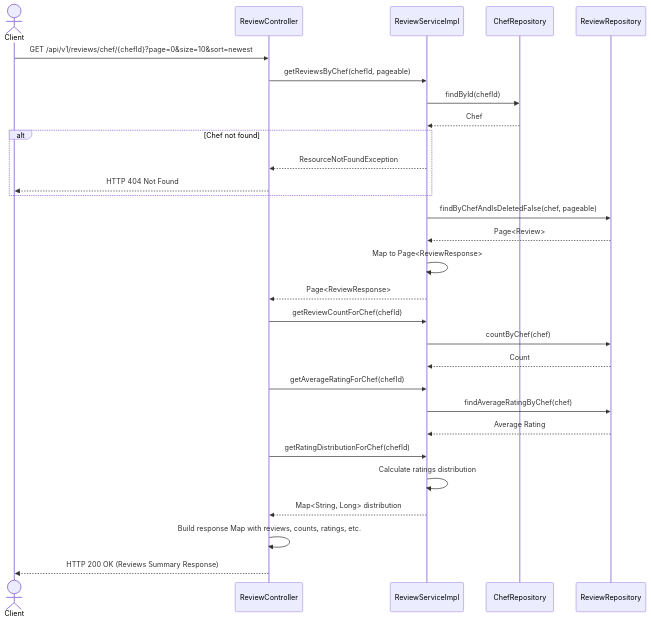
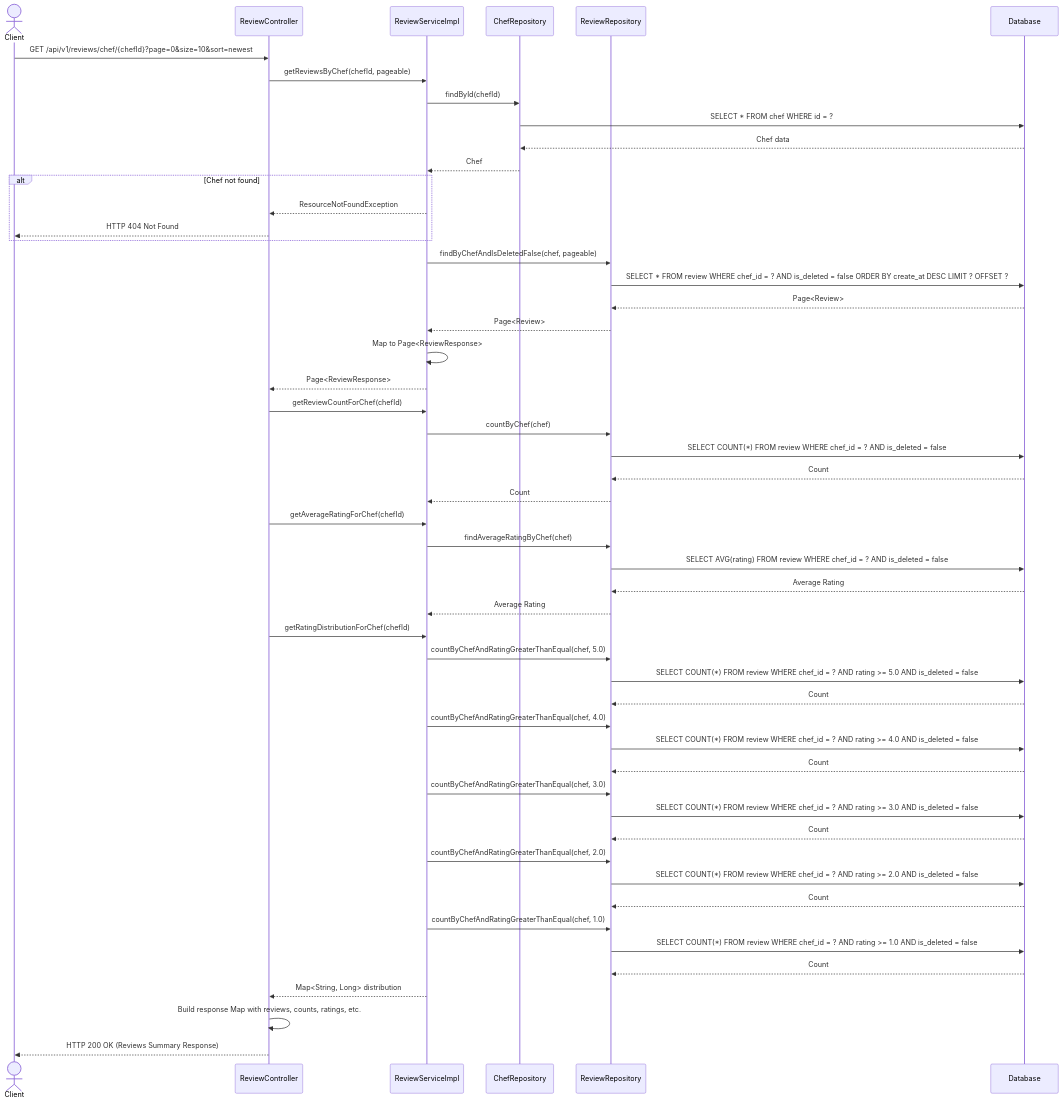
Diagram 11 of 11 in docs/Review System Diagrams.md (phongkhongxai/vietchef), drawn with Mermaid before and after one commit. The commit also changed other lines of this file and 15 other files, not shown here.

````diff
--- a/docs/Review System Diagrams.md
+++ b/docs/Review System Diagrams.md
@@ -570,38 +664,61 @@
 ```mermaid
 sequenceDiagram
     actor Client
     participant Controller as ReviewController
     participant Service as ReviewServiceImpl
     participant ChefRepo as ChefRepository
     participant ReviewRepo as ReviewRepository
+    participant DB as Database
     
     Client->>Controller: GET /api/v1/reviews/chef/{chefId}?page=0&size=10&sort=newest
     Controller->>Service: getReviewsByChef(chefId, pageable)
     Service->>ChefRepo: findById(chefId)
+    ChefRepo->>DB: SELECT * FROM chef WHERE id = ?
+    DB-->>ChefRepo: Chef data
     ChefRepo-->>Service: Chef
     
     alt Chef not found
         Service-->>Controller: ResourceNotFoundException
         Controller-->>Client: HTTP 404 Not Found
     end
     
     Service->>ReviewRepo: findByChefAndIsDeletedFalse(chef, pageable)
+    ReviewRepo->>DB: SELECT * FROM review WHERE chef_id = ? AND is_deleted = false ORDER BY create_at DESC LIMIT ? OFFSET ?
+    DB-->>ReviewRepo: Page<Review>
     ReviewRepo-->>Service: Page<Review>
     Service->>Service: Map to Page<ReviewResponse>
     Service-->>Controller: Page<ReviewResponse>
     
     Controller->>Service: getReviewCountForChef(chefId)
     Service->>ReviewRepo: countByChef(chef)
+    ReviewRepo->>DB: SELECT COUNT(*) FROM review WHERE chef_id = ? AND is_deleted = false
+    DB-->>ReviewRepo: Count
     ReviewRepo-->>Service: Count
     
     Controller->>Service: getAverageRatingForChef(chefId)
     Service->>ReviewRepo: findAverageRatingByChef(chef)
+    ReviewRepo->>DB: SELECT AVG(rating) FROM review WHERE chef_id = ? AND is_deleted = false
+    DB-->>ReviewRepo: Average Rating
     ReviewRepo-->>Service: Average Rating
     
     Controller->>Service: getRatingDistributionForChef(chefId)
-    Service->>Service: Calculate ratings distribution
+    Service->>ReviewRepo: countByChefAndRatingGreaterThanEqual(chef, 5.0)
+    ReviewRepo->>DB: SELECT COUNT(*) FROM review WHERE chef_id = ? AND rating >= 5.0 AND is_deleted = false
+    DB-->>ReviewRepo: Count
+    Service->>ReviewRepo: countByChefAndRatingGreaterThanEqual(chef, 4.0)
+    ReviewRepo->>DB: SELECT COUNT(*) FROM review WHERE chef_id = ? AND rating >= 4.0 AND is_deleted = false
+    DB-->>ReviewRepo: Count
+    Service->>ReviewRepo: countByChefAndRatingGreaterThanEqual(chef, 3.0)
+    ReviewRepo->>DB: SELECT COUNT(*) FROM review WHERE chef_id = ? AND rating >= 3.0 AND is_deleted = false
+    DB-->>ReviewRepo: Count
+    Service->>ReviewRepo: countByChefAndRatingGreaterThanEqual(chef, 2.0)
+    ReviewRepo->>DB: SELECT COUNT(*) FROM review WHERE chef_id = ? AND rating >= 2.0 AND is_deleted = false
+    DB-->>ReviewRepo: Count
+    Service->>ReviewRepo: countByChefAndRatingGreaterThanEqual(chef, 1.0)
+    ReviewRepo->>DB: SELECT COUNT(*) FROM review WHERE chef_id = ? AND rating >= 1.0 AND is_deleted = false
+    DB-->>ReviewRepo: Count
     Service-->>Controller: Map<String, Long> distribution
     
     Controller->>Controller: Build response Map with reviews, counts, ratings, etc.
     Controller-->>Client: HTTP 200 OK (Reviews Summary Response)
 ```
````
